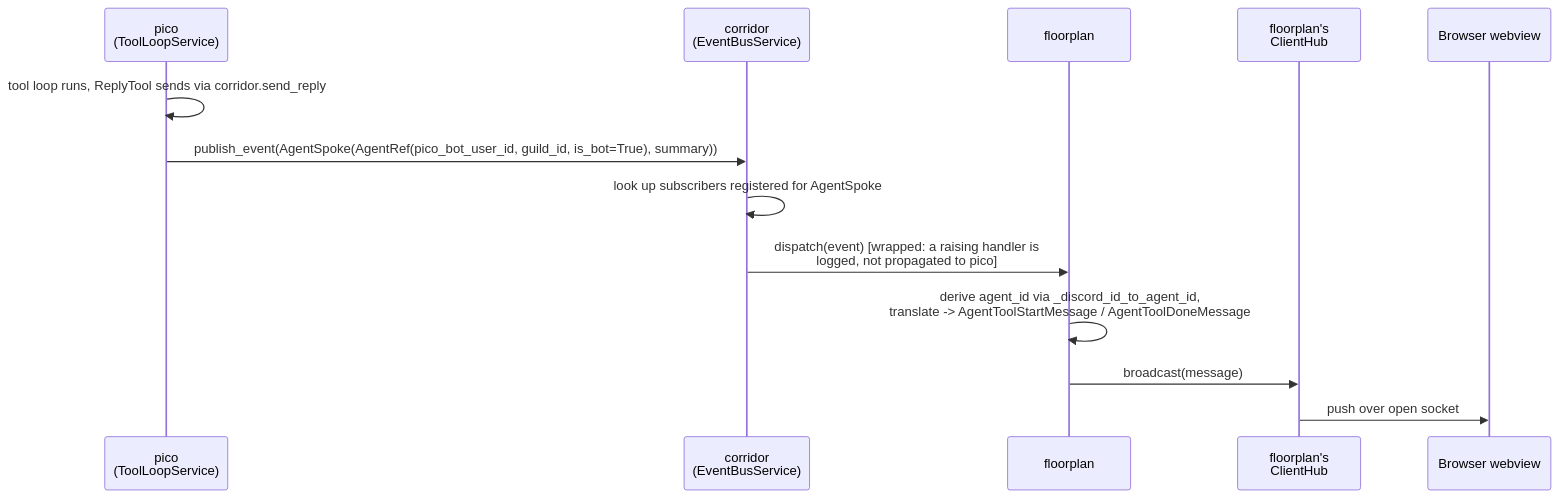
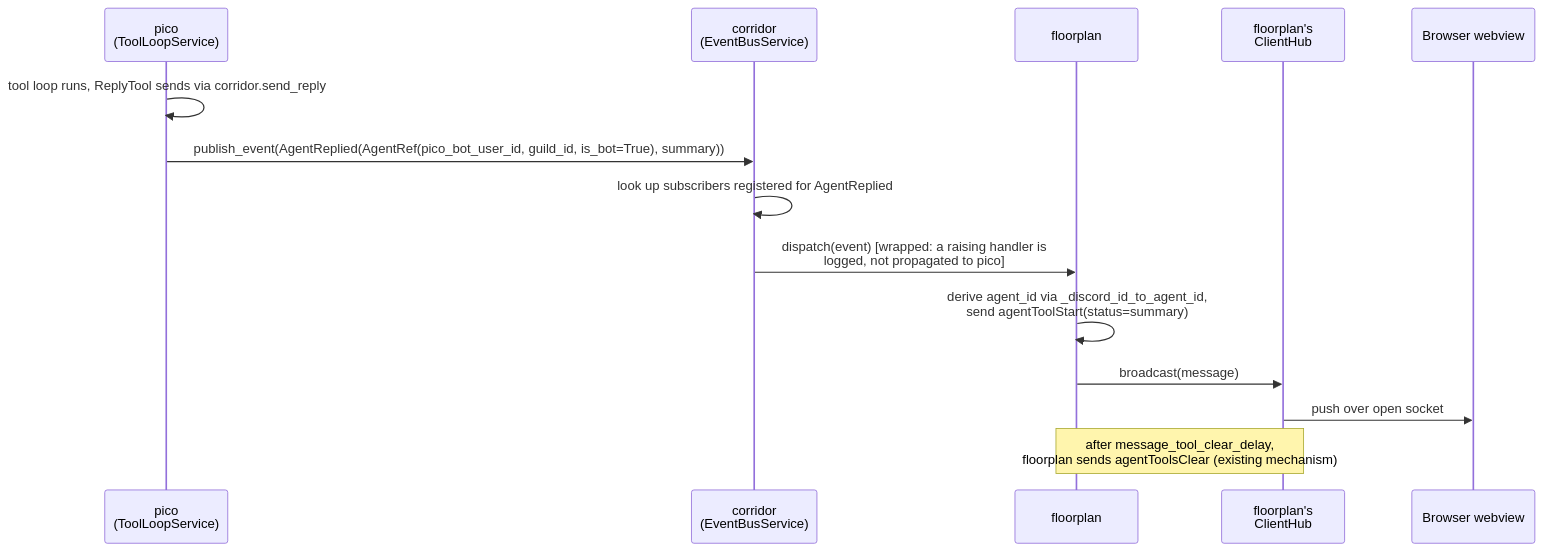
The fourth of 4 diagrams in docs/corridor-pubsub-design.md (pixel-agents-hq/pixel-agents-cogs), drawn with Mermaid before and after one commit. The commit also changed other lines of this file, not shown here.

````diff
--- a/docs/corridor-pubsub-design.md
+++ b/docs/corridor-pubsub-design.md
@@ -285,16 +375,17 @@
 ```mermaid
 sequenceDiagram
     participant Pico as pico<br/>(ToolLoopService)
     participant C as corridor<br/>(EventBusService)
     participant FP as floorplan
     participant Hub as floorplan's<br/>ClientHub
     participant B as Browser webview
 
     Pico->>Pico: tool loop runs, ReplyTool sends via corridor.send_reply
-    Pico->>C: publish_event(AgentSpoke(AgentRef(pico_bot_user_id, guild_id, is_bot=True), summary))
-    C->>C: look up subscribers registered for AgentSpoke
+    Pico->>C: publish_event(AgentReplied(AgentRef(pico_bot_user_id, guild_id, is_bot=True), summary))
+    C->>C: look up subscribers registered for AgentReplied
     C->>FP: dispatch(event)  [wrapped: a raising handler is<br/>logged, not propagated to pico]
-    FP->>FP: derive agent_id via _discord_id_to_agent_id,<br/>translate -> AgentToolStartMessage / AgentToolDoneMessage
+    FP->>FP: derive agent_id via _discord_id_to_agent_id,<br/>send agentToolStart(status=summary)
     FP->>Hub: broadcast(message)
     Hub->>B: push over open socket
+    Note over FP,Hub: after message_tool_clear_delay,<br/>floorplan sends agentToolsClear (existing mechanism)
 ```
````
